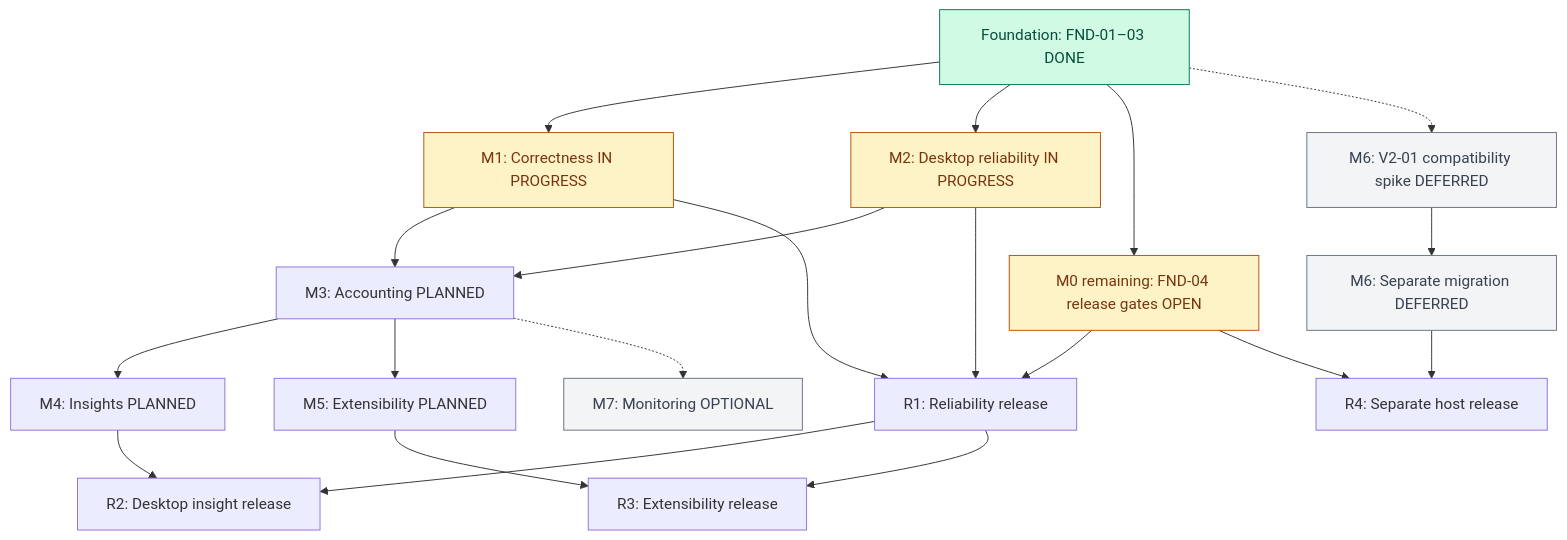
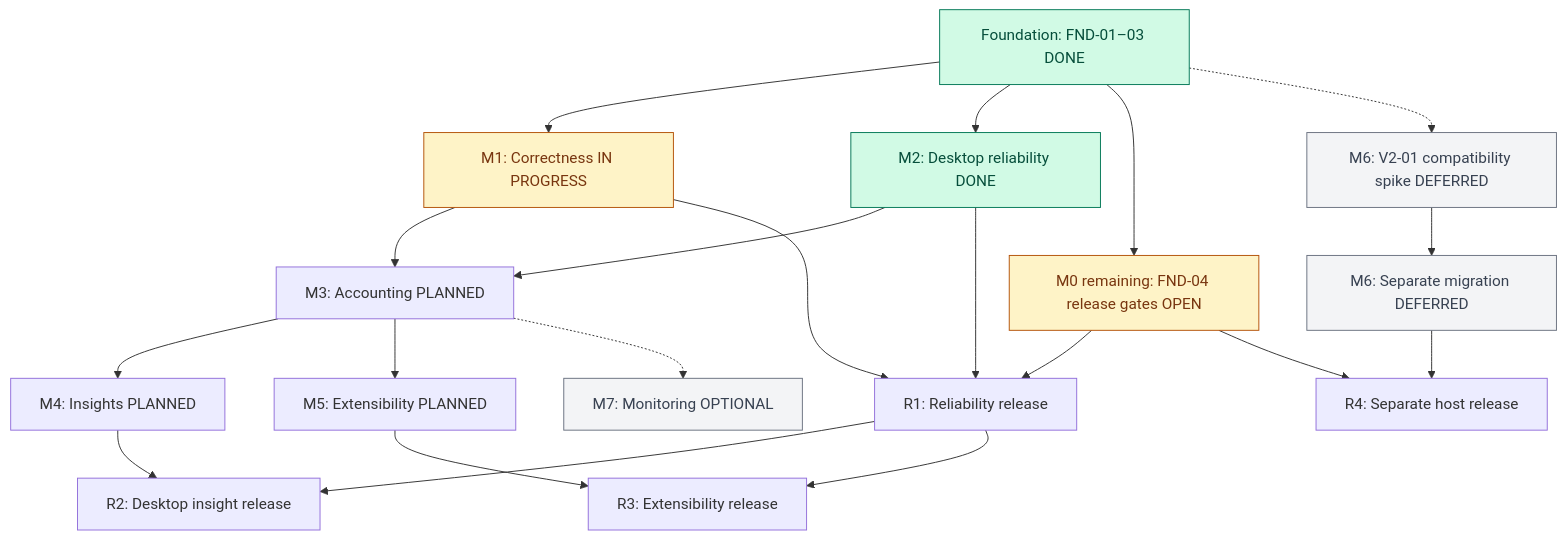
The first of 2 diagrams in docs/UPSTREAM_DELIVERY_PLAN.md (slkiser/opencode-quota), drawn with Mermaid before and after one commit. The commit also changed other lines of this file and 3 other files, not shown here.

````diff
--- a/docs/UPSTREAM_DELIVERY_PLAN.md
+++ b/docs/UPSTREAM_DELIVERY_PLAN.md
@@ -145,28 +145,28 @@
 ```mermaid
 flowchart TD
   FND["Foundation: FND-01–03 DONE"] --> M1["M1: Correctness IN PROGRESS"]
-  FND --> M2["M2: Desktop reliability IN PROGRESS"]
+  FND --> M2["M2: Desktop reliability DONE"]
   FND --> PUB["M0 remaining: FND-04 release gates OPEN"]
   M1 --> M3["M3: Accounting PLANNED"]
   M2 --> M3
   M3 --> M4["M4: Insights PLANNED"]
   M3 --> M5["M5: Extensibility PLANNED"]
   M3 -.-> M7["M7: Monitoring OPTIONAL"]
   FND -.-> SPIKE["M6: V2-01 compatibility spike DEFERRED"]
   SPIKE --> V2["M6: Separate migration DEFERRED"]
   M1 --> R1["R1: Reliability release"]
   M2 --> R1
   PUB --> R1
   M4 --> R2["R2: Desktop insight release"]
   R1 --> R2
   M5 --> R3["R3: Extensibility release"]
   R1 --> R3
   V2 --> R4["R4: Separate host release"]
   PUB --> R4
   classDef done fill:#d1fae5,stroke:#047857,color:#064e3b;
   classDef active fill:#fef3c7,stroke:#b45309,color:#78350f;
   classDef optional fill:#f3f4f6,stroke:#6b7280,color:#374151;
-  class FND done;
-  class M1,M2,PUB active;
+  class FND,M2 done;
+  class M1,PUB active;
   class M7,SPIKE,V2 optional;
 ```
````
